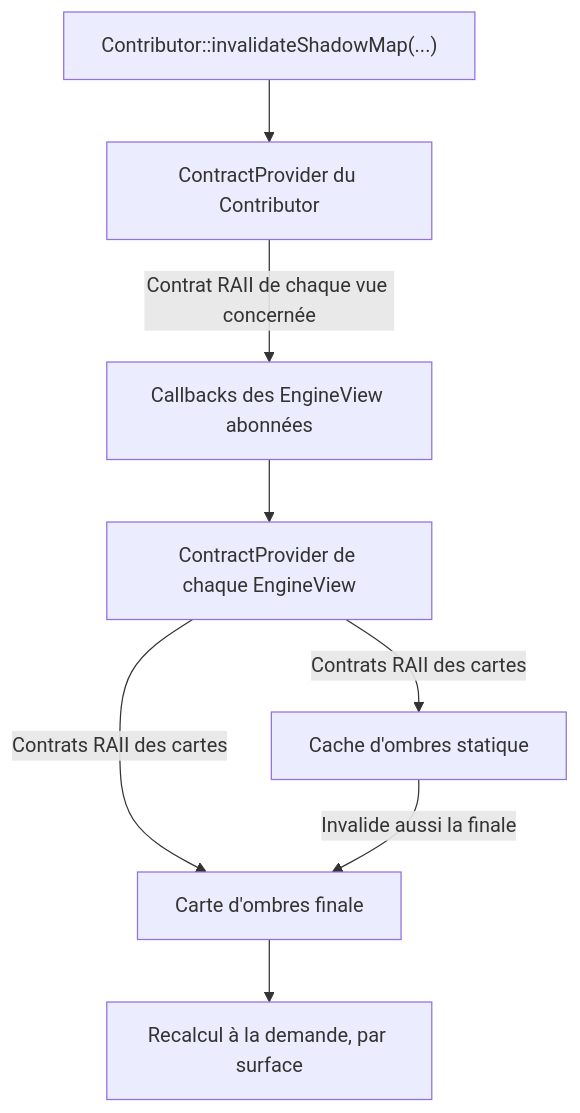
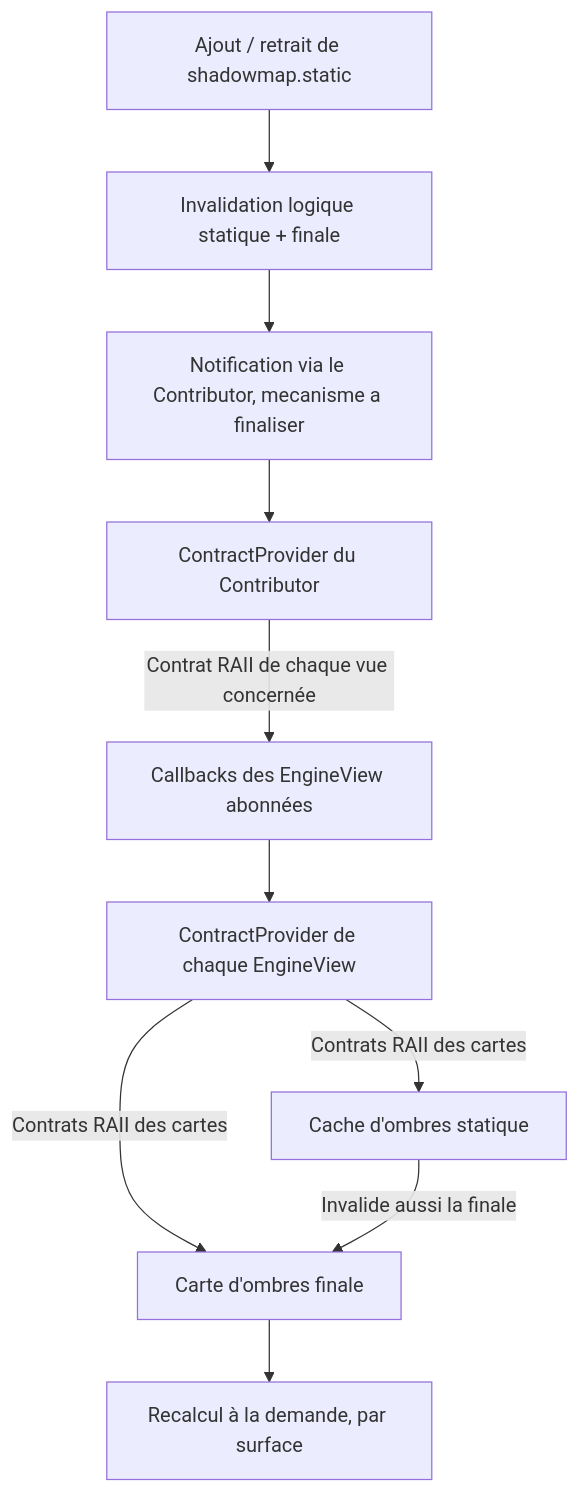
Diagram 11 of 13 in docs/voxel-engine-v0.1.4-specification.md (EreliaStudio/Sparkle), drawn with Mermaid before and after one commit. The commit also changed other lines of this file, not shown here.

Commit message:
docs(v0.1.4): conservatively invalidate both shadow caches on shadowmap.static tag changes

````diff
--- a/docs/voxel-engine-v0.1.4-specification.md
+++ b/docs/voxel-engine-v0.1.4-specification.md
@@ -1008,10 +1008,12 @@
 ```mermaid
 flowchart TD
-  C["Contributor::invalidateShadowMap(...)"] --> CP["ContractProvider du Contributor"]
+  Tag["Ajout / retrait de shadowmap.static"] --> Full["Invalidation logique statique + finale"]
+  Full --> C["Notification via le Contributor, mecanisme a finaliser"]
+  C --> CP["ContractProvider du Contributor"]
   CP -->|"Contrat RAII de chaque vue concernée"| V["Callbacks des EngineView abonnées"]
   V --> VP["ContractProvider de chaque EngineView"]
   VP -->|"Contrats RAII des cartes"| SM["Cache d'ombres statique"]
   VP -->|"Contrats RAII des cartes"| FM["Carte d'ombres finale"]
   SM -->|"Invalide aussi la finale"| FM
   FM --> GPU["Recalcul à la demande, par surface"]
 ```
````
